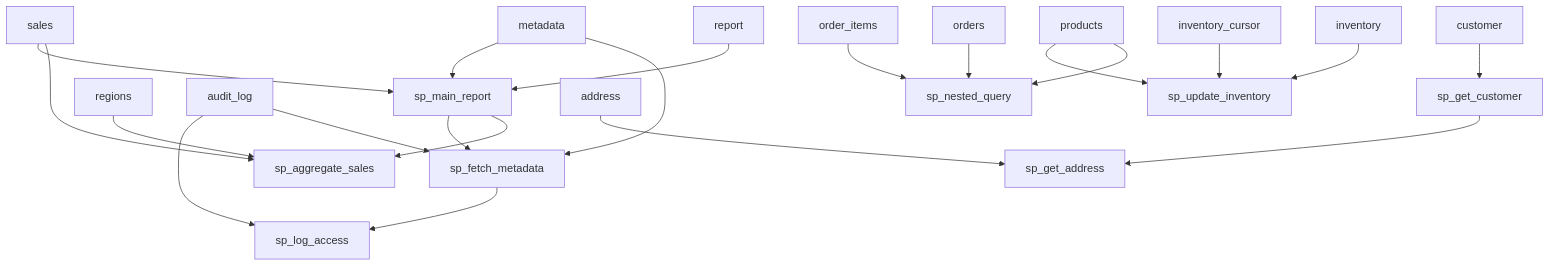
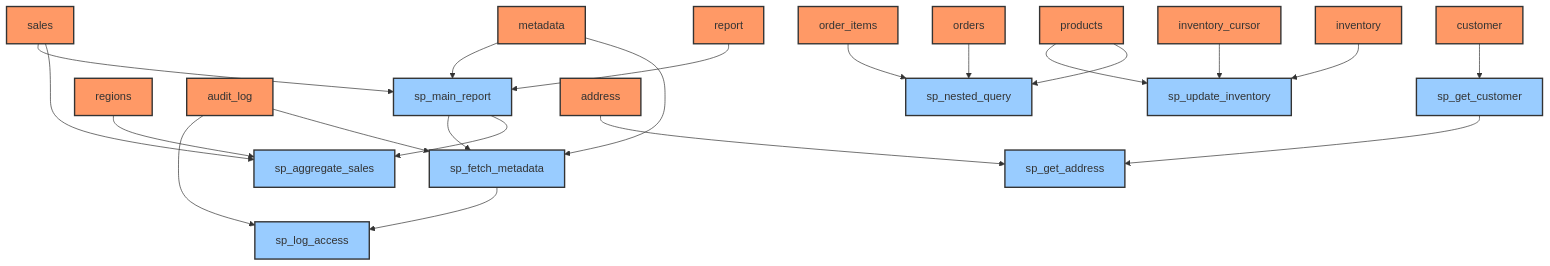
One commit to 25Jayesh10/Data_Lineage_Analyzer changed the diagram in diagrams/lineage.mmd. Above: the diagram before and after it, drawn with Mermaid. The commit also changed 3 other files, not shown here.

```diff
--- a/diagrams/lineage.mmd
+++ b/diagrams/lineage.mmd
@@ -1,21 +1,26 @@
 graph TD
+    %% Node styles
+    classDef table fill:#f96,stroke:#333,stroke-width:2px;
+    classDef stored_proc fill:#9cf,stroke:#333,stroke-width:2px;
     report --> sp_main_report
     sales --> sp_aggregate_sales
     sales --> sp_main_report
     metadata --> sp_fetch_metadata
     metadata --> sp_main_report
     sp_main_report --> sp_aggregate_sales
     sp_main_report --> sp_fetch_metadata
     regions --> sp_aggregate_sales
     audit_log --> sp_fetch_metadata
     audit_log --> sp_log_access
     sp_fetch_metadata --> sp_log_access
     customer --> sp_get_customer
     sp_get_customer --> sp_get_address
     address --> sp_get_address
     orders --> sp_nested_query
     order_items --> sp_nested_query
     products --> sp_nested_query
     products --> sp_update_inventory
     inventory --> sp_update_inventory
     inventory_cursor --> sp_update_inventory
+    class inventory_cursor,customer,audit_log,address,sales,order_items,products,regions,metadata,report,inventory,orders table;
+    class sp_get_customer,sp_main_report,sp_aggregate_sales,sp_nested_query,sp_update_inventory,sp_fetch_metadata,sp_get_address,sp_log_access stored_proc;
```
